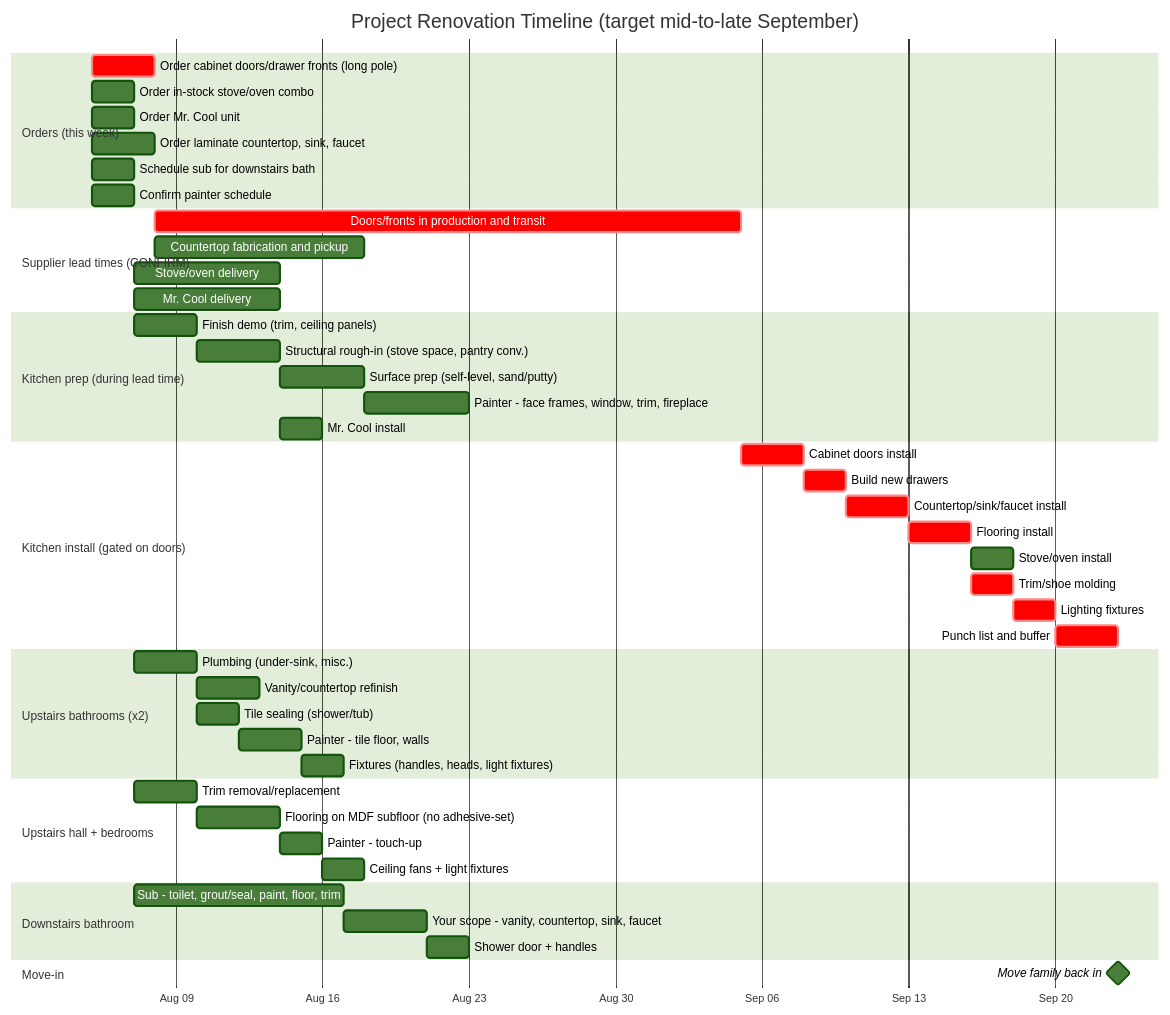
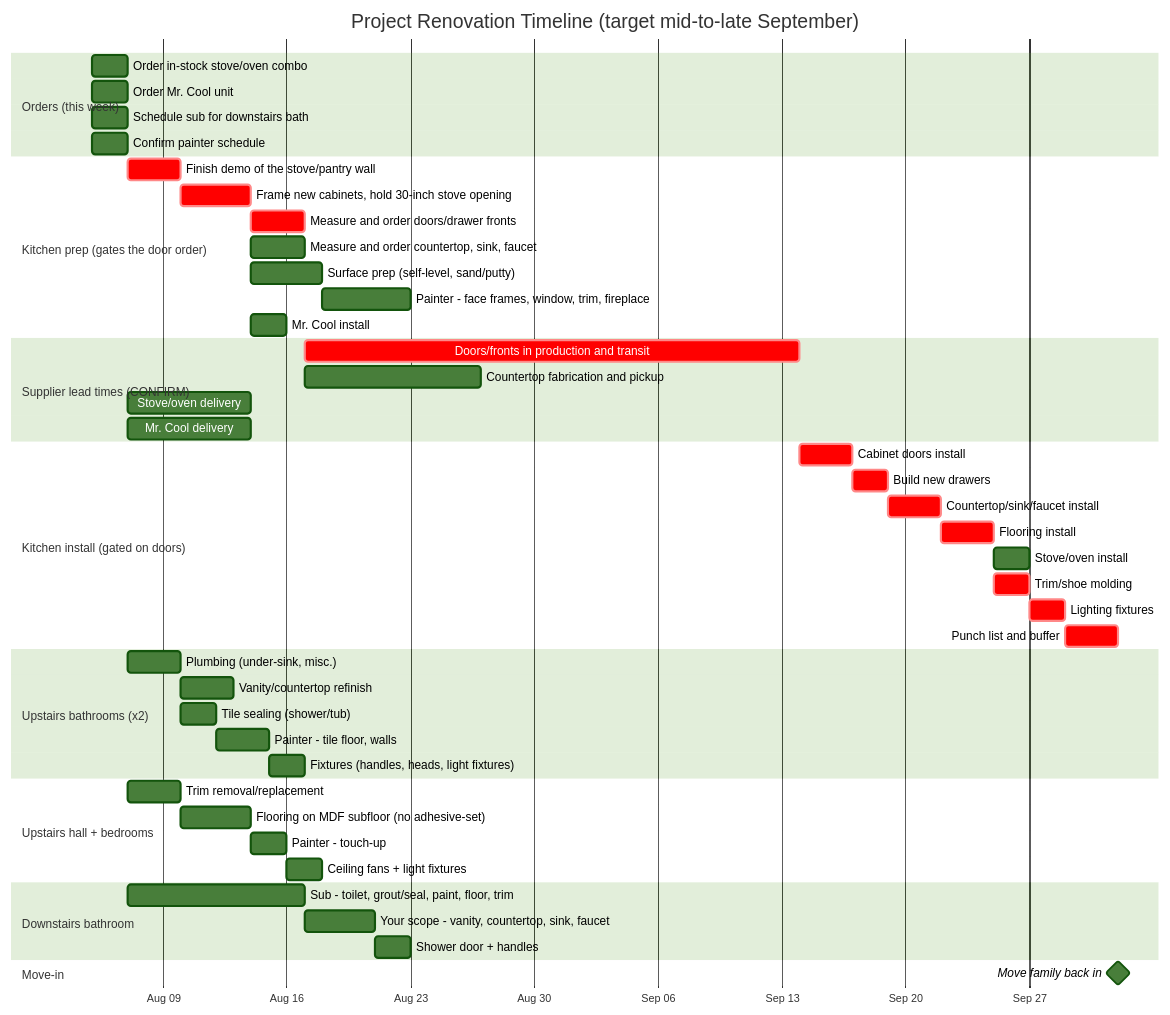
One commit to michael-r-kimbrell/project-cabinet-platform changed the diagram in docs/renovation/move-in-timeline.md. Above: the diagram before and after it, drawn with Mermaid (forest theme). The commit also changed other lines of this file and 5 other files, not shown here.

````diff
--- a/docs/renovation/move-in-timeline.md
+++ b/docs/renovation/move-in-timeline.md
@@ -11,59 +14,59 @@
 ```mermaid
 gantt
     title Project Renovation Timeline (target mid-to-late September)
     dateFormat  YYYY-MM-DD
     axisFormat  %b %d
     todayMarker on
 
     section Orders (this week)
-    Order cabinet doors/drawer fronts (long pole)   :crit, order1, 2026-08-05, 3d
     Order in-stock stove/oven combo                 :order2, 2026-08-05, 2d
     Order Mr. Cool unit                             :order3, 2026-08-05, 2d
-    Order laminate countertop, sink, faucet         :order4, 2026-08-05, 3d
     Schedule sub for downstairs bath                :order5, 2026-08-05, 2d
     Confirm painter schedule                        :order6, 2026-08-05, 2d
+
+    section Kitchen prep (gates the door order)
+    Finish demo of the stove/pantry wall            :crit, k1, after order5, 3d
+    Frame new cabinets, hold 30-inch stove opening  :crit, k2, after k1, 4d
+    Measure and order doors/drawer fronts           :crit, order1, after k2, 3d
+    Measure and order countertop, sink, faucet      :order4, after k2, 3d
+    Surface prep (self-level, sand/putty)           :k3, after k2, 4d
+    Painter - face frames, window, trim, fireplace  :k4, after k3, 5d
+    Mr. Cool install                                :k11, after k2 lead3, 2d
 
     section Supplier lead times (CONFIRM)
     Doors/fronts in production and transit          :crit, lead1, after order1, 28d
     Countertop fabrication and pickup               :lead4, after order4, 10d
     Stove/oven delivery                             :lead2, after order2, 7d
     Mr. Cool delivery                               :lead3, after order3, 7d
-
-    section Kitchen prep (during lead time)
-    Finish demo (trim, ceiling panels)              :k1, after order5, 3d
-    Structural rough-in (stove space, pantry conv.) :k2, after k1, 4d
-    Surface prep (self-level, sand/putty)           :k3, after k2, 4d
-    Painter - face frames, window, trim, fireplace  :k4, after k3, 5d
-    Mr. Cool install                                :k11, after k2 lead3, 2d
 
     section Kitchen install (gated on doors)
     Cabinet doors install                           :crit, k5, after lead1 k4, 3d
     Build new drawers                               :crit, k6, after k5, 2d
     Countertop/sink/faucet install                  :crit, k7, after k6 lead4, 3d
     Flooring install                                :crit, k9, after k7, 3d
     Stove/oven install                              :k8, after k9 lead2, 2d
     Trim/shoe molding                               :crit, k10, after k9, 2d
     Lighting fixtures                               :crit, k12, after k10 k4, 2d
     Punch list and buffer                           :crit, k13, after k12 k8, 3d
 
     section Upstairs bathrooms (x2)
     Plumbing (under-sink, misc.)                    :u1, after order5, 3d
     Vanity/countertop refinish                      :u2, after u1, 3d
     Tile sealing (shower/tub)                       :u3, after u1, 2d
     Painter - tile floor, walls                     :u4, after u3, 3d
     Fixtures (handles, heads, light fixtures)       :u5, after u4 u2, 2d
 
     section Upstairs hall + bedrooms
     Trim removal/replacement                        :h1, after order5, 3d
     Flooring on MDF subfloor (no adhesive-set)      :h2, after h1, 4d
     Painter - touch-up                              :h4, after h2, 2d
     Ceiling fans + light fixtures                   :h3, after h4, 2d
 
     section Downstairs bathroom
     Sub - toilet, grout/seal, paint, floor, trim    :d1, after order5, 10d
     Your scope - vanity, countertop, sink, faucet   :d2, after d1, 4d
     Shower door + handles                           :d3, after d2, 2d
 
     section Move-in
     Move family back in                             :milestone, movein, after k13 u5 h3 d3, 0d
 ```
````
